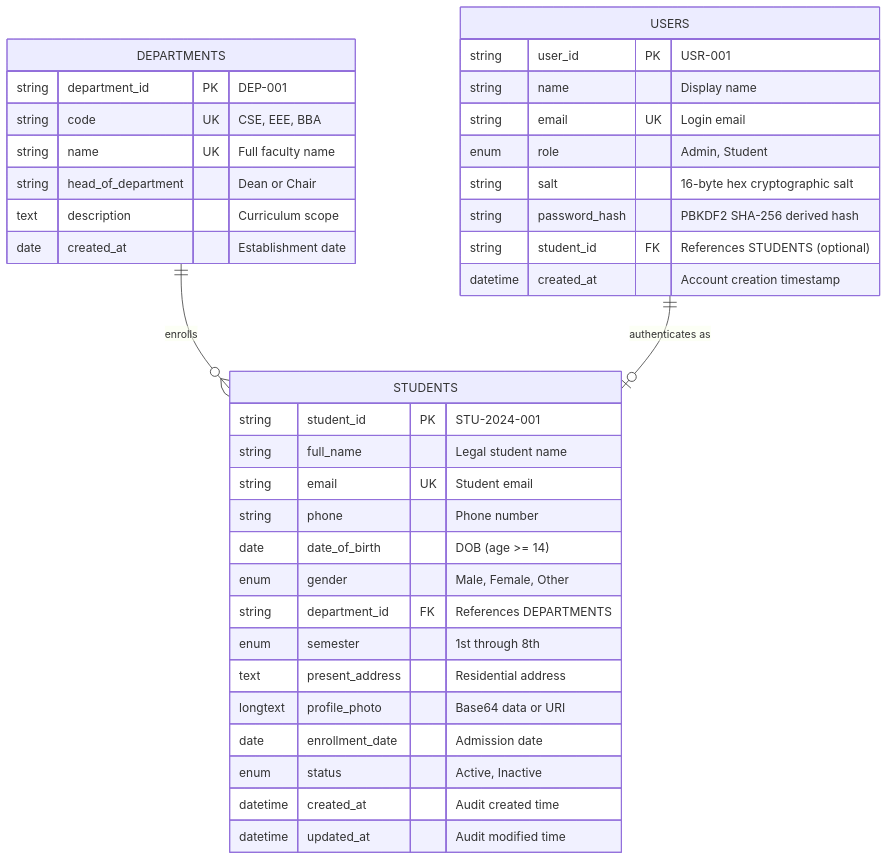
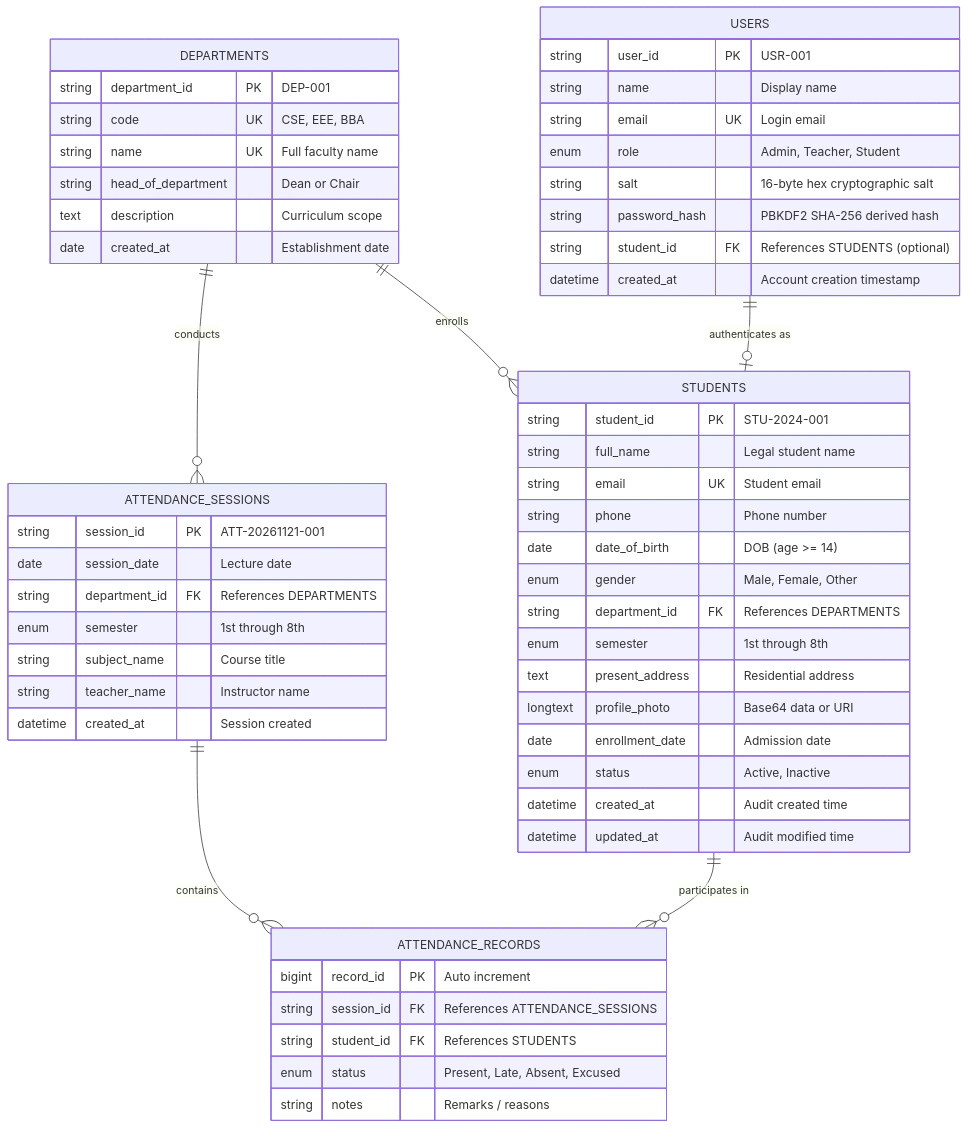
The diagram in database/er-diagram.md (sa-rafsan/StudentManagementSystem), drawn with Mermaid before and after one commit. The commit also changed 17 other files, not shown here.

Commit message:
feat: add classroom attendance module with session management, student statistics, and reporting features

````diff
--- a/database/er-diagram.md
+++ b/database/er-diagram.md
@@ -11,42 +11,63 @@
 ```mermaid
 erDiagram
     DEPARTMENTS ||--o{ STUDENTS : "enrolls"
     USERS ||--o| STUDENTS : "authenticates as"
+    DEPARTMENTS ||--o{ ATTENDANCE_SESSIONS : "conducts"
+    ATTENDANCE_SESSIONS ||--o{ ATTENDANCE_RECORDS : "contains"
+    STUDENTS ||--o{ ATTENDANCE_RECORDS : "participates in"
 
     DEPARTMENTS {
         string department_id PK "DEP-001"
         string code UK "CSE, EEE, BBA"
         string name UK "Full faculty name"
         string head_of_department "Dean or Chair"
         text description "Curriculum scope"
         date created_at "Establishment date"
     }
 
     STUDENTS {
         string student_id PK "STU-2024-001"
         string full_name "Legal student name"
         string email UK "Student email"
         string phone "Phone number"
         date date_of_birth "DOB (age >= 14)"
         enum gender "Male, Female, Other"
         string department_id FK "References DEPARTMENTS"
         enum semester "1st through 8th"
         text present_address "Residential address"
         longtext profile_photo "Base64 data or URI"
         date enrollment_date "Admission date"
         enum status "Active, Inactive"
         datetime created_at "Audit created time"
         datetime updated_at "Audit modified time"
     }
 
     USERS {
         string user_id PK "USR-001"
         string name "Display name"
         string email UK "Login email"
-        enum role "Admin, Student"
+        enum role "Admin, Teacher, Student"
         string salt "16-byte hex cryptographic salt"
         string password_hash "PBKDF2 SHA-256 derived hash"
         string student_id FK "References STUDENTS (optional)"
         datetime created_at "Account creation timestamp"
     }
+
+    ATTENDANCE_SESSIONS {
+        string session_id PK "ATT-20261121-001"
+        date session_date "Lecture date"
+        string department_id FK "References DEPARTMENTS"
+        enum semester "1st through 8th"
+        string subject_name "Course title"
+        string teacher_name "Instructor name"
+        datetime created_at "Session created"
+    }
+
+    ATTENDANCE_RECORDS {
+        bigint record_id PK "Auto increment"
+        string session_id FK "References ATTENDANCE_SESSIONS"
+        string student_id FK "References STUDENTS"
+        enum status "Present, Late, Absent, Excused"
+        string notes "Remarks / reasons"
+    }
 ```
````
